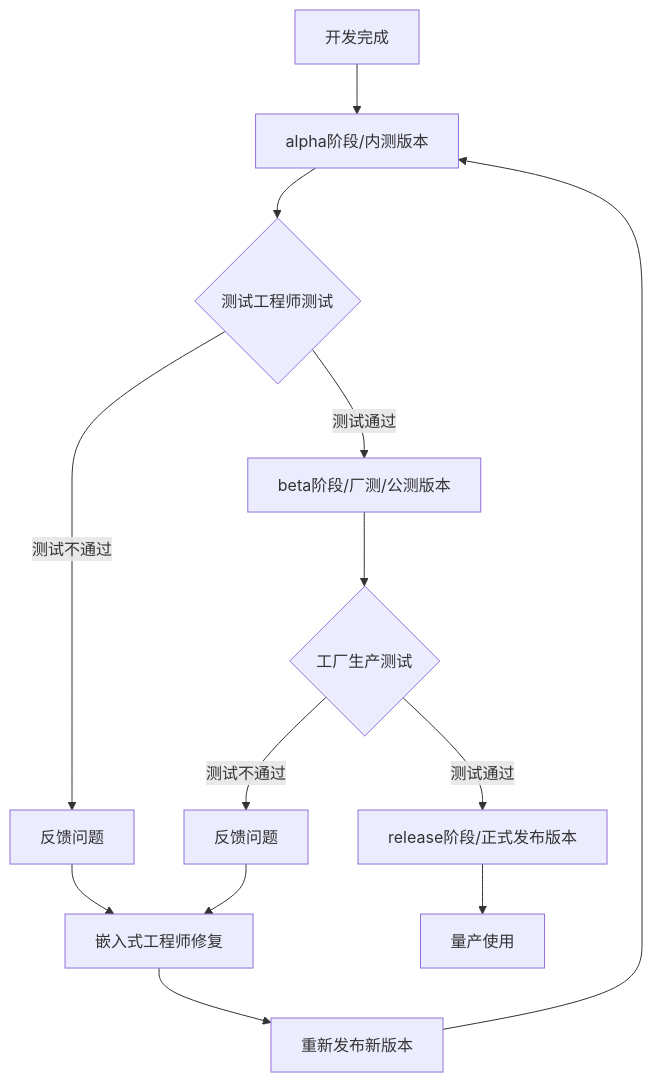
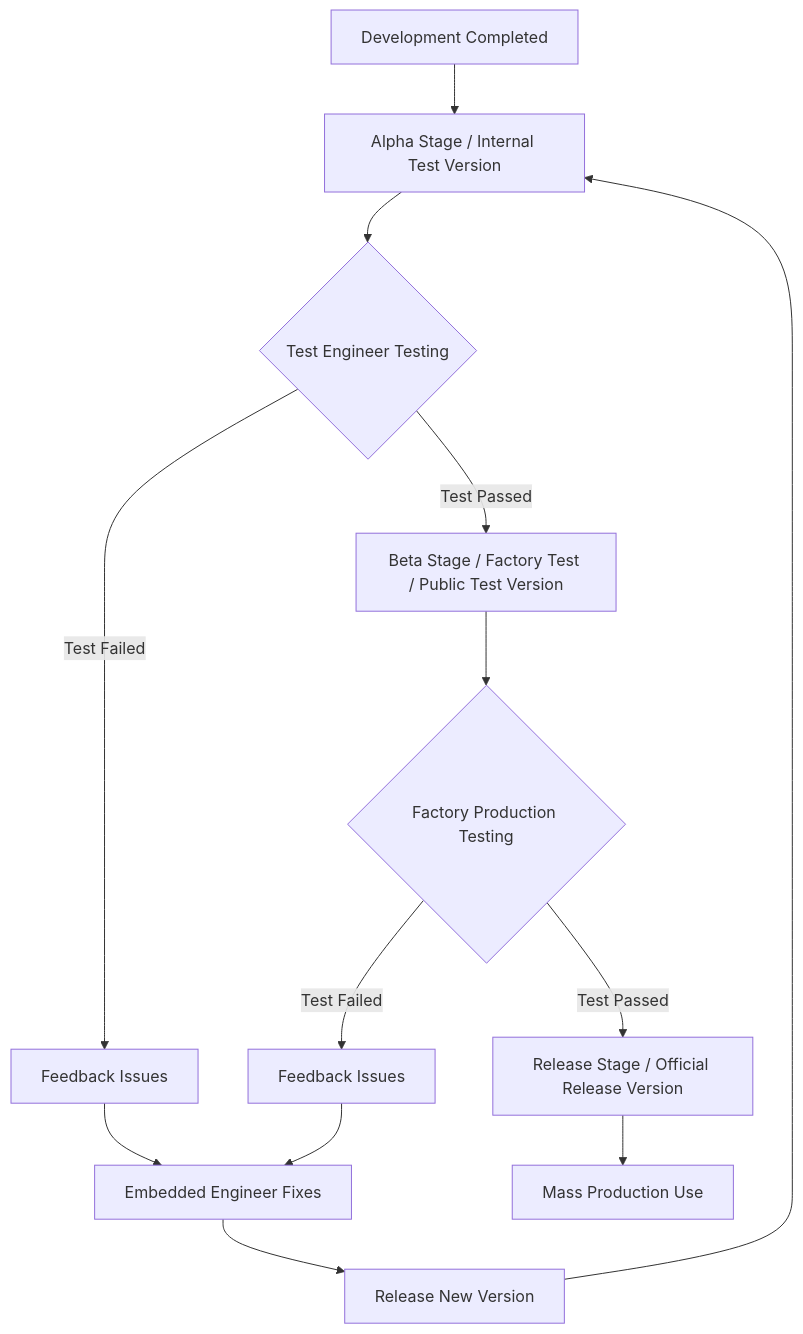
The diagram in README.md (drinktoomuchsax/Tangible-Future-Embedded-Dev-Guidelines), drawn with Mermaid before and after one commit.

Commit message:
doc: 更新README.md中的流程图，将中文翻译为英文以提高可读性

````diff
--- a/README.md
+++ b/README.md
@@ -92,17 +92,17 @@
 ```mermaid
 graph TD
-    A[开发完成] --> B[alpha阶段/内测版本]
-    B --> C{测试工程师测试}
-    C -->|测试通过| D[beta阶段/厂测/公测版本]
-    C -->|测试不通过| E[反馈问题]
-    E --> F[嵌入式工程师修复]
-    F --> G[重新发布新版本]
+    A[Development Completed] --> B[Alpha Stage / Internal Test Version]
+    B --> C{Test Engineer Testing}
+    C -->|Test Passed| D[Beta Stage / Factory Test / Public Test Version]
+    C -->|Test Failed| E[Feedback Issues]
+    E --> F[Embedded Engineer Fixes]
+    F --> G[Release New Version]
     G --> B
-    
-    D --> H{工厂生产测试}
-    H -->|测试通过| I[release阶段/正式发布版本]
-    H -->|测试不通过| J[反馈问题]
+
+    D --> H{Factory Production Testing}
+    H -->|Test Passed| I[Release Stage / Official Release Version]
+    H -->|Test Failed| J[Feedback Issues]
     J --> F
-    
-    I --> K[量产使用]
+
+    I --> K[Mass Production Use]
 ```
````
